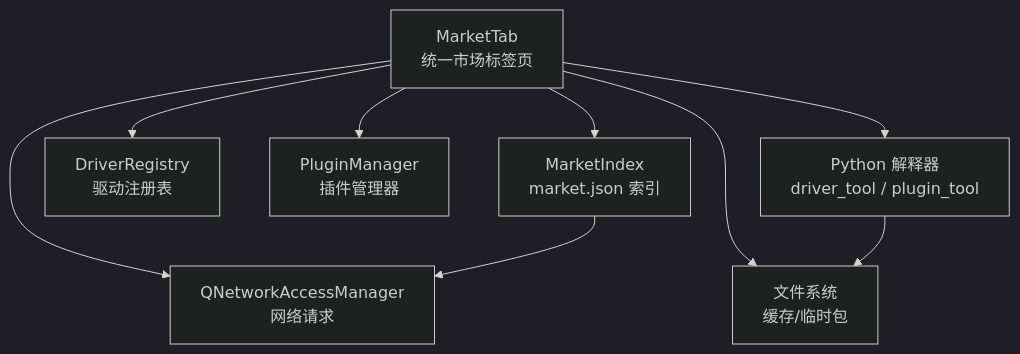
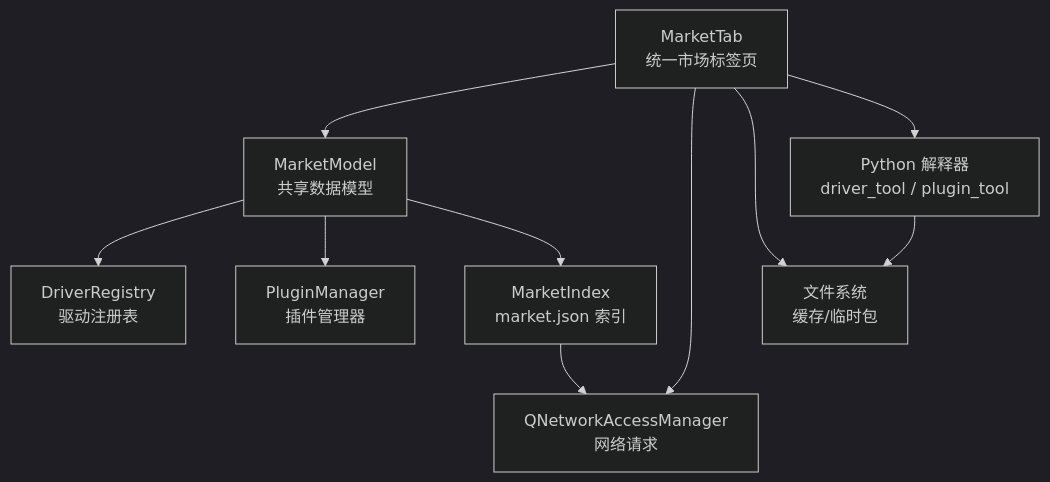
Before and after one commit to jakecai1225-design/OpenBus: the first of 3 diagrams in .qoder/repowiki/zh/content/架构设计/UI系统设计/统一市场标签页系统.md, drawn with Mermaid (dark theme). The commit also changed other lines of this file and 67 other files, not shown here.

````diff
--- a/.qoder/repowiki/zh/content/架构设计/UI系统设计/统一市场标签页系统.md
+++ b/.qoder/repowiki/zh/content/架构设计/UI系统设计/统一市场标签页系统.md
@@ -44,11 +55,12 @@
 ```mermaid
 graph TB
-UI["MarketTab<br/>统一市场标签页"] --> IDX["MarketIndex<br/>market.json 索引"]
-UI --> DR["DriverRegistry<br/>驱动注册表"]
-UI --> PM["PluginManager<br/>插件管理器"]
+UI["MarketTab<br/>统一市场标签页"] --> MM["MarketModel<br/>共享数据模型"]
+MM --> DR["DriverRegistry<br/>驱动注册表"]
+MM --> PM["PluginManager<br/>插件管理器"]
+MM --> MI["MarketIndex<br/>market.json 索引"]
 UI --> NET["QNetworkAccessManager<br/>网络请求"]
 UI --> FS["文件系统<br/>缓存/临时包"]
-IDX --> NET
+MI --> NET
 UI --> PY["Python 解释器<br/>driver_tool / plugin_tool"]
 PY --> FS
 ```
````
